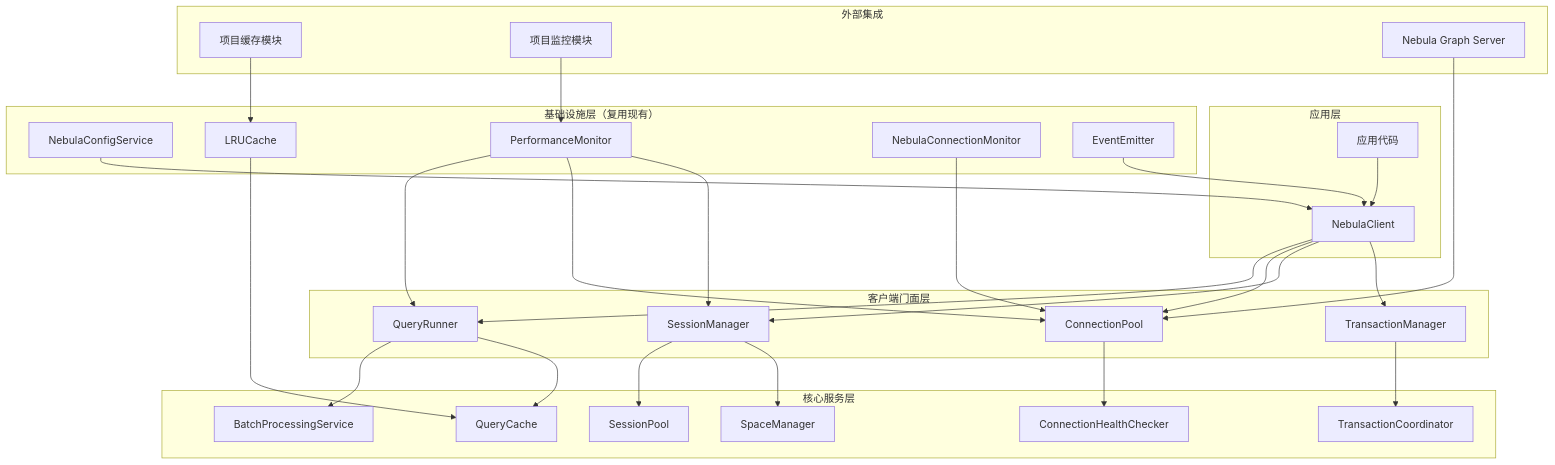
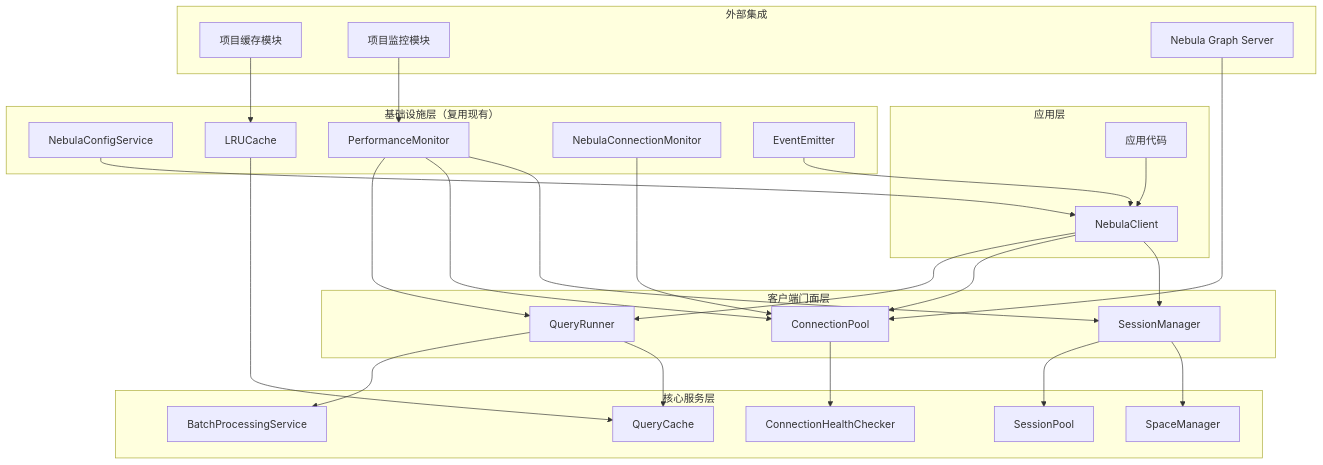
Before and after one commit to kkkqkx123/code-search-helper: the diagram in specs/nebula-graph-client-reimplementation/design.md, drawn with Mermaid. The commit also changed other lines of this file and 41 other files, not shown here.

````diff
--- a/specs/nebula-graph-client-reimplementation/design.md
+++ b/specs/nebula-graph-client-reimplementation/design.md
@@ -85,38 +85,36 @@
 ```mermaid
 graph TD
     subgraph "应用层"
         A[应用代码] --> B[NebulaClient];
     end
 
     subgraph "客户端门面层"
         B --> C[QueryRunner];
         B --> D[ConnectionPool];
         B --> E[SessionManager];
-        B --> F[TransactionManager];
     end
 
     subgraph "核心服务层"
         C --> G[BatchProcessingService];
         C --> H[QueryCache];
         D --> I[ConnectionHealthChecker];
         E --> J[SessionPool];
         E --> K[SpaceManager];
-        F --> L[TransactionCoordinator];
     end
 
     subgraph "基础设施层（复用现有）"
         M[NebulaConfigService] --> B;
         N[PerformanceMonitor] --> C;
         N --> D;
         N --> E;
         O[LRUCache] --> H;
         P[NebulaConnectionMonitor] --> D;
         Q[EventEmitter] --> B;
     end
 
     subgraph "外部集成"
         R[项目缓存模块] --> O;
         S[项目监控模块] --> N;
         T[Nebula Graph Server] --> D;
     end
 ```
````
